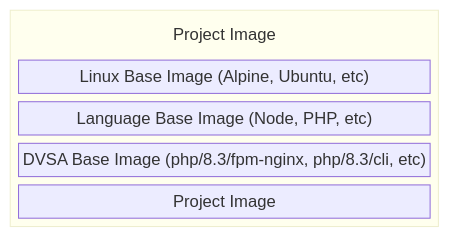
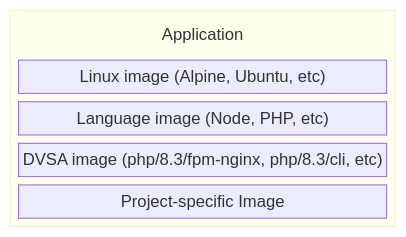
Before and after one commit to dvsa/dvsa-docker-images: the first of 2 diagrams in README.md, drawn with Mermaid.

Commit message:
docs: tweak wording

````diff
--- a/README.md
+++ b/README.md
@@ -17,12 +17,12 @@
 ```mermaid
 block-beta
     block:image
         columns 1
-        label["Project Image"]
-        linux["Linux Base Image (Alpine, Ubuntu, etc)"]
-        language["Language Base Image (Node, PHP, etc)"]
-        base["DVSA Base Image (php/8.3/fpm-nginx, php/8.3/cli, etc)"]
-        project["Project Image"]
+        label["Application"]
+        linux["Linux image (Alpine, Ubuntu, etc)"]
+        language["Language image (Node, PHP, etc)"]
+        base["DVSA image (php/8.3/fpm-nginx, php/8.3/cli, etc)"]
+        project["Project-specific Image"]
         style label fill:transparent,stroke:0,stroke-width:0
     end
 ```
````
